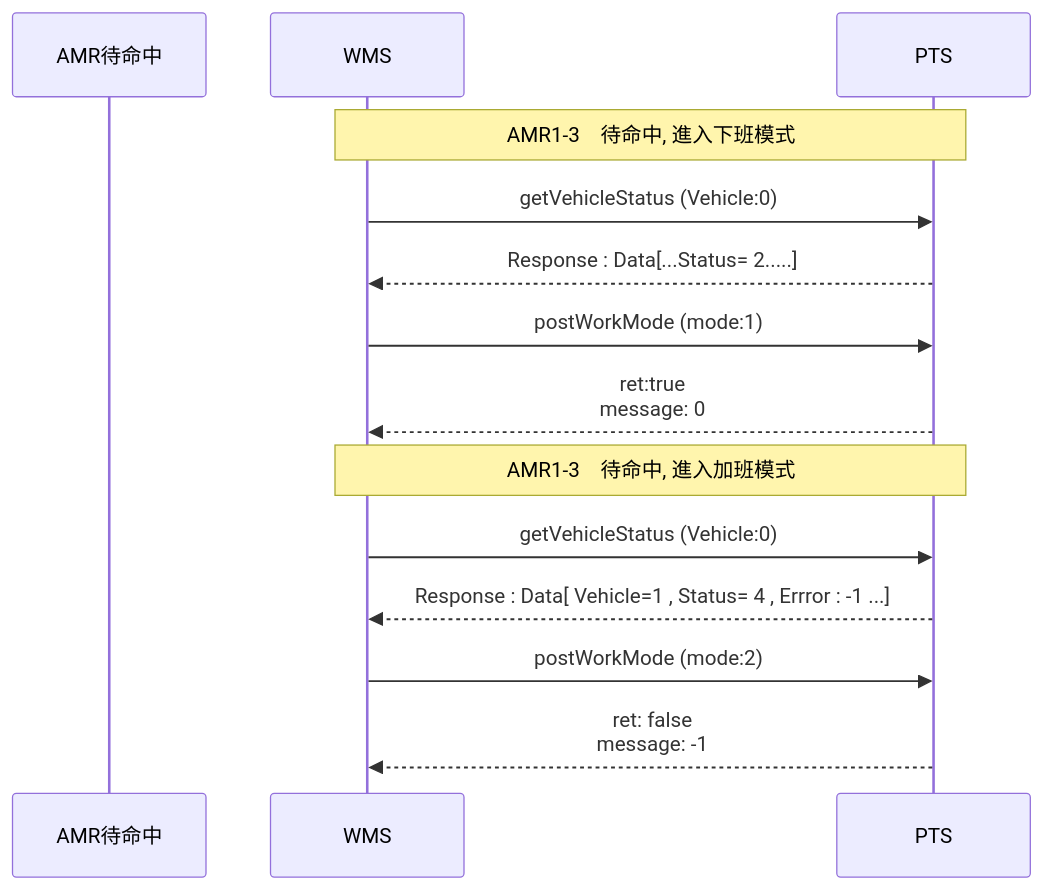
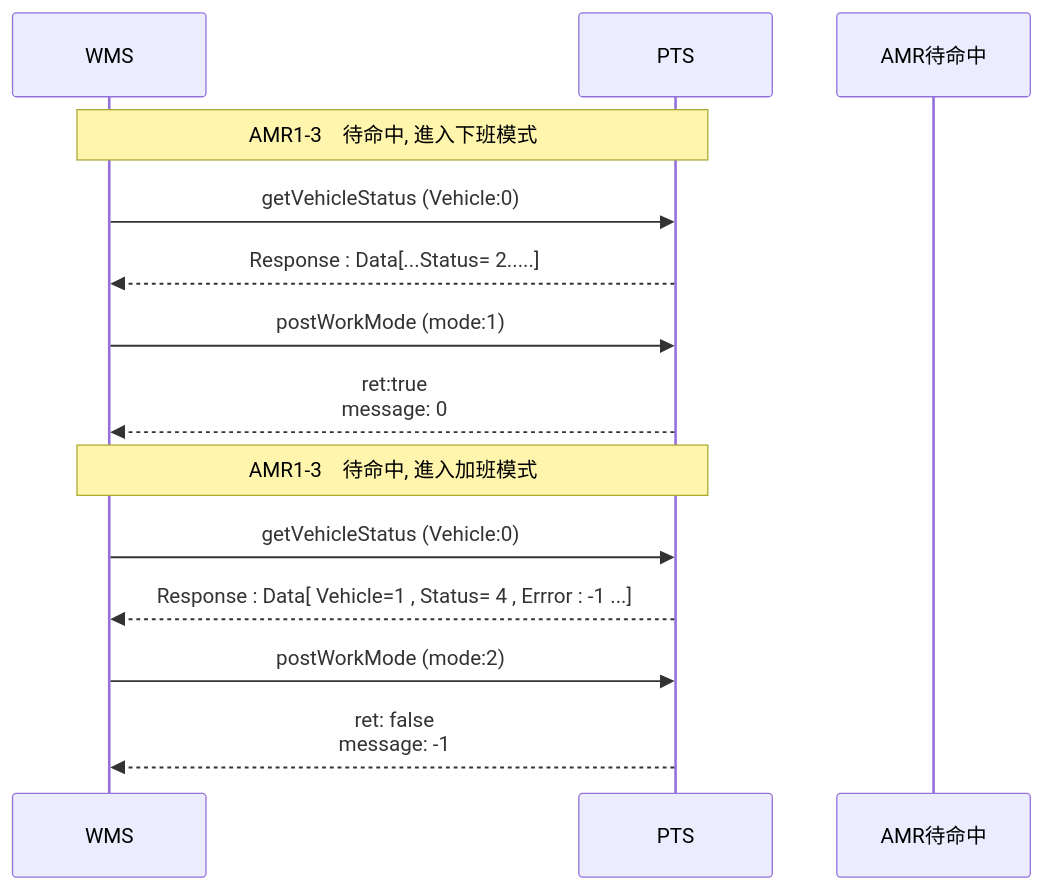
Before and after one commit to athena-tircgo/amr-wms-lsj: the ninth of 10 diagrams in README.md, drawn with Mermaid.

````diff
--- a/README.md
+++ b/README.md
@@ -459,23 +459,24 @@
 ```mermaid
 sequenceDiagram
-    participant AMR待命中
     participant WMS
     participant PTS
+    participant AMR待命中
+
     
 
 note over PTS,WMS: AMR1-3　待命中, 進入下班模式
 
      WMS->>PTS:getVehicleStatus (Vehicle:0)
      PTS-->>WMS : Response :  Data[...Status= 2.....]
 
      WMS->>PTS: postWorkMode (mode:1)
      PTS-->>WMS : ret:true <br> message: 0
 
 
 note over PTS,WMS:  AMR1-3　待命中, 進入加班模式
 　　　WMS->>PTS:getVehicleStatus (Vehicle:0)
      PTS-->>WMS : Response :  Data[ Vehicle=1 , Status= 4 , Errror : -1 ...]
 
      WMS->>PTS: postWorkMode (mode:2)
      PTS-->>WMS : ret: false <br> message: -1
 ```
````
